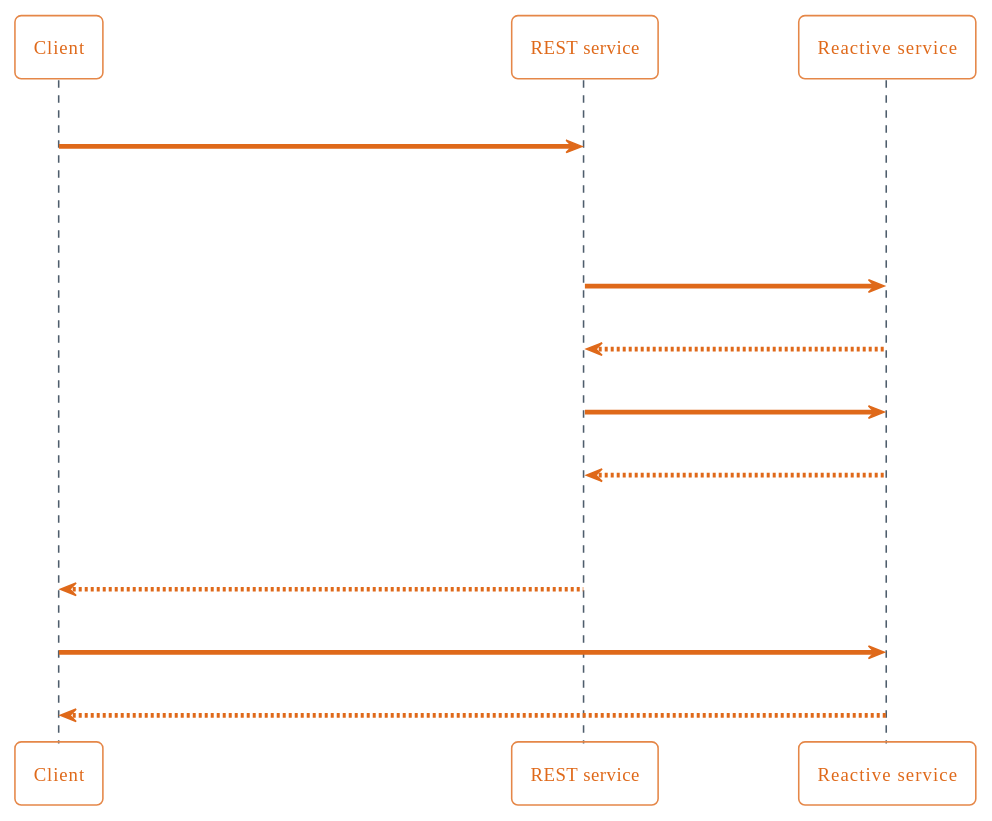
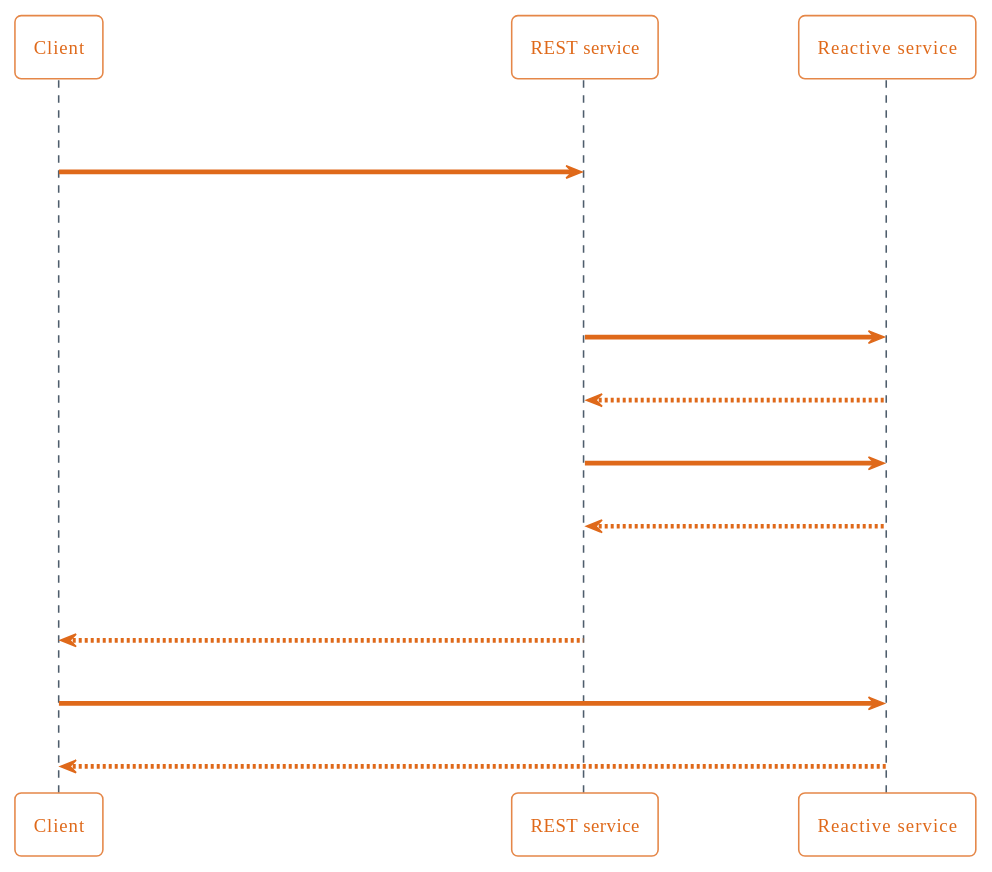
The second of 2 diagrams in rfc/008-reactive-services.org (beauby/skdb), drawn with PlantUML before and after one commit. The commit also changed other lines of this file and 2 other files, not shown here.

```diff
--- a/rfc/008-reactive-services.org
+++ b/rfc/008-reactive-services.org
@@ -119,11 +119,11 @@
 #+BEGIN_SRC plantuml :file mirroring.png
   !theme superhero-outline
-  Client -> "REST service" : GET /users/123/likes
-  "REST service" -> "Reactive service" : create_reactive_request(\n  "likes_per_author",\n  { author_id: 123 }\n)
+  Client -> "REST service" : GET /users/123/likes\nX-Reactive-Auth: {pubkey}
+  "REST service" -> "Reactive service" : create_reactive_request(\n  "likes_per_author",\n  { author_id: 123 },\n  pubkey\n)
   "REST service" <-- "Reactive service" : reactive_request_id
   "REST service" -> "Reactive service" : diff(reactive_request_id, 0)
   "REST service" <-- "Reactive service" : (current_values, init_tick)
   Client <-- "REST service" : 200 OK\nX-Reactive-Request-Id: {reactive_request_id}:{init_tick}\nbody: {current_values}
   Client -> "Reactive service" : WebSocket: mirror(reactive_request_id, initial_tick)
   Client <-- "Reactive service" : WebSocket: updates
 #+END_SRC
```
